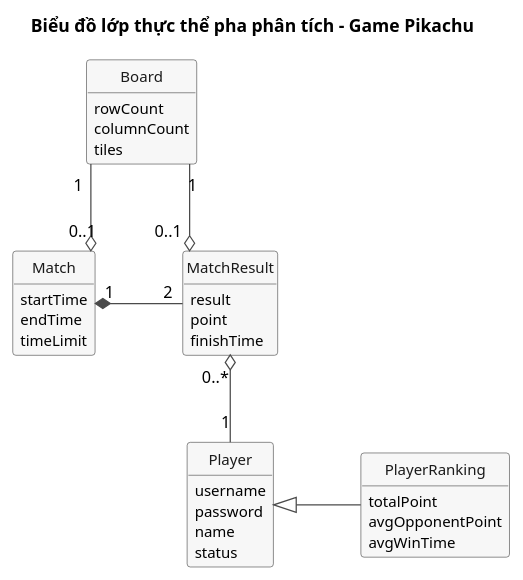
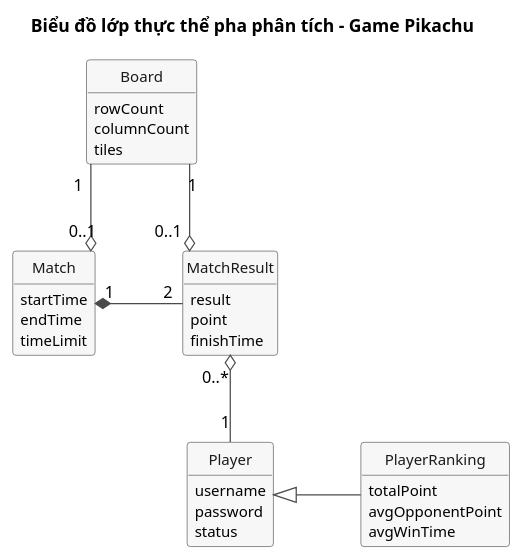
One commit to VattenL/mobile-pikachu changed the diagram in docs/uml/pha2/class-entity.puml. Above: the diagram before and after it, drawn with PlantUML. The commit also changed 56 other files, not shown here.

```diff
--- a/docs/uml/pha2/class-entity.puml
+++ b/docs/uml/pha2/class-entity.puml
@@ -1,55 +1,54 @@
 @startuml class-entity
 title Biểu đồ lớp thực thể pha phân tích - Game Pikachu
 
 hide circle
 hide methods
 skinparam shadowing false
 skinparam linetype ortho
 skinparam nodesep 70
 skinparam ranksep 70
 skinparam classFontSize 14
 skinparam classAttributeFontSize 12
 skinparam class {
   BackgroundColor #F7F7F7
   BorderColor #4A4A4A
   ArrowColor #4A4A4A
   FontColor #1A1A1A
 }
 
 class Player {
   username
   password
-  name
   status
 }
 
 class PlayerRanking {
   totalPoint
   avgOpponentPoint
   avgWinTime
 }
 
 class Match {
   startTime
   endTime
   timeLimit
 }
 
 class MatchResult {
   result
   point
   finishTime
 }
 
 class Board {
   rowCount
   columnCount
   tiles
 }
 
 Board "1" -down-o "0..1" Match
 Board "1" -right-o "0..1" MatchResult
 Match "1" *-right- "2" MatchResult
 Player "1" -up-o "0..*" MatchResult
 PlayerRanking -left-|> Player
 @enduml
```
